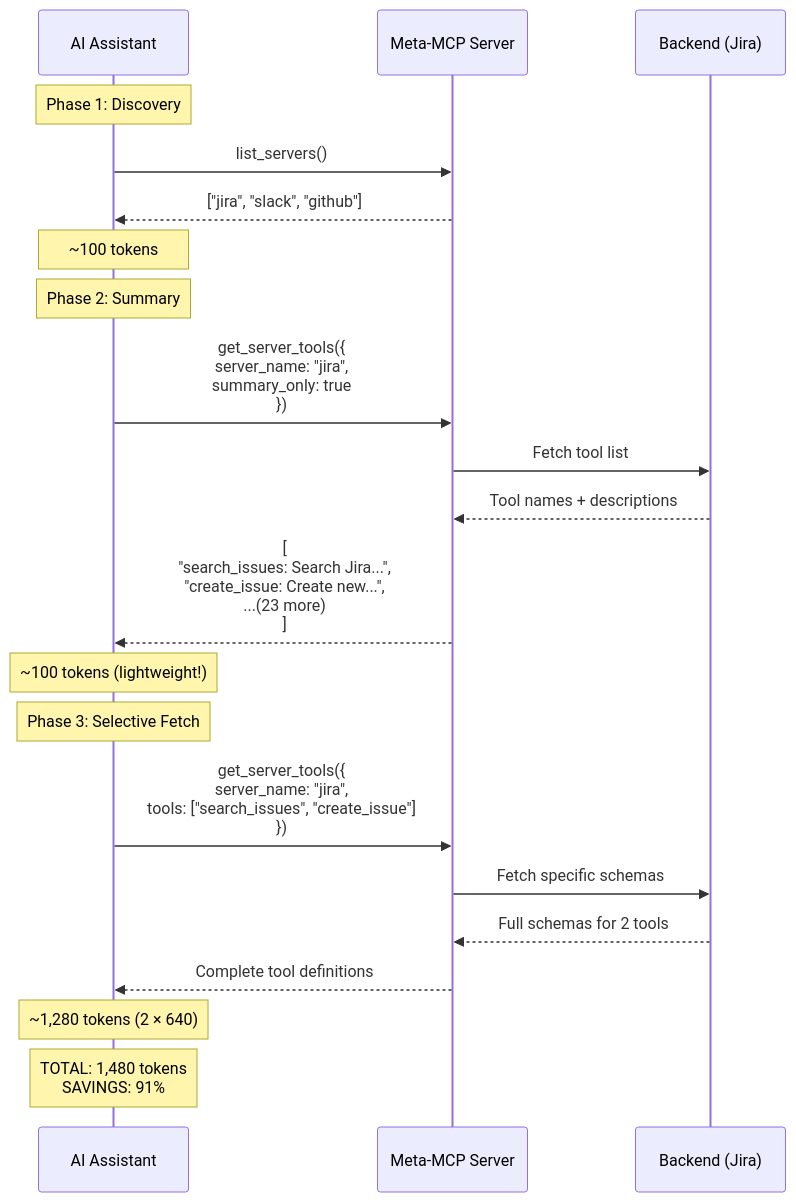
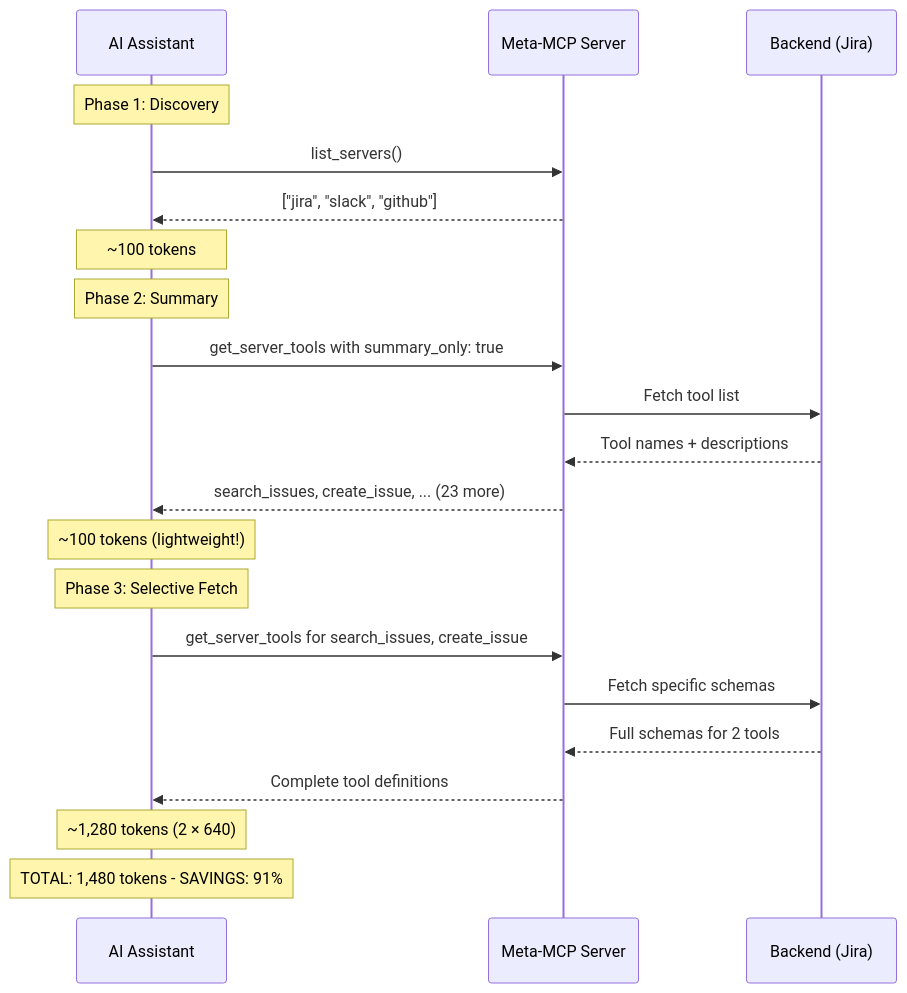
Before and after one commit to blueman82/mcp-exec: the fourth of 15 diagrams in projects/meta-mcp-server/docs/diagrams/10-token-optimization.md, drawn with Mermaid. The commit also changed other lines of this file and 4 other files, not shown here.

First line of the commit message:
docs: Remove Claude Desktop references and fix Mermaid syntax

````diff
--- a/projects/meta-mcp-server/docs/diagrams/10-token-optimization.md
+++ b/projects/meta-mcp-server/docs/diagrams/10-token-optimization.md
@@ -102,27 +102,27 @@
 ```mermaid
 sequenceDiagram
     participant AI as AI Assistant
     participant Meta as Meta-MCP Server
     participant Backend as Backend (Jira)
 
     Note over AI: Phase 1: Discovery
     AI->>Meta: list_servers()
     Meta-->>AI: ["jira", "slack", "github"]
     Note over AI: ~100 tokens
 
     Note over AI: Phase 2: Summary
-    AI->>Meta: get_server_tools({<br/>  server_name: "jira",<br/>  summary_only: true<br/>})
+    AI->>Meta: get_server_tools with summary_only: true
     Meta->>Backend: Fetch tool list
     Backend-->>Meta: Tool names + descriptions
-    Meta-->>AI: [<br/>  "search_issues: Search Jira...",<br/>  "create_issue: Create new...",<br/>  ...(23 more)<br/>]
+    Meta-->>AI: search_issues, create_issue, ... (23 more)
     Note over AI: ~100 tokens (lightweight!)
 
     Note over AI: Phase 3: Selective Fetch
-    AI->>Meta: get_server_tools({<br/>  server_name: "jira",<br/>  tools: ["search_issues", "create_issue"]<br/>})
+    AI->>Meta: get_server_tools for search_issues, create_issue
     Meta->>Backend: Fetch specific schemas
     Backend-->>Meta: Full schemas for 2 tools
     Meta-->>AI: Complete tool definitions
     Note over AI: ~1,280 tokens (2 × 640)
 
-    Note over AI: TOTAL: 1,480 tokens<br/>SAVINGS: 91%
+    Note over AI: TOTAL: 1,480 tokens - SAVINGS: 91%
 ```
````
